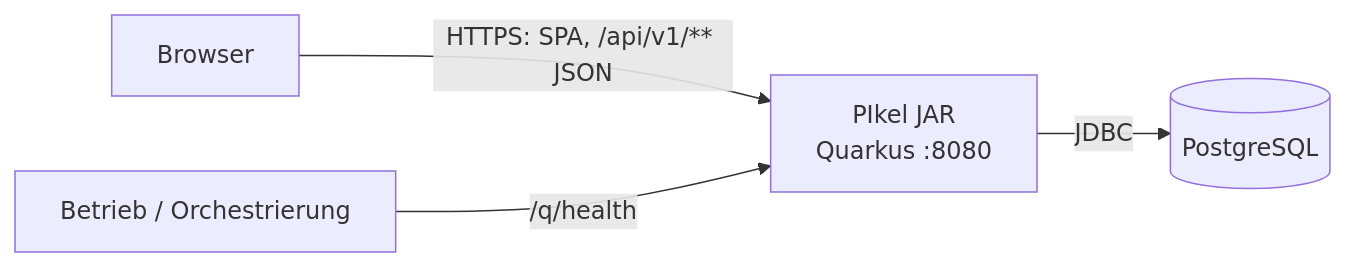
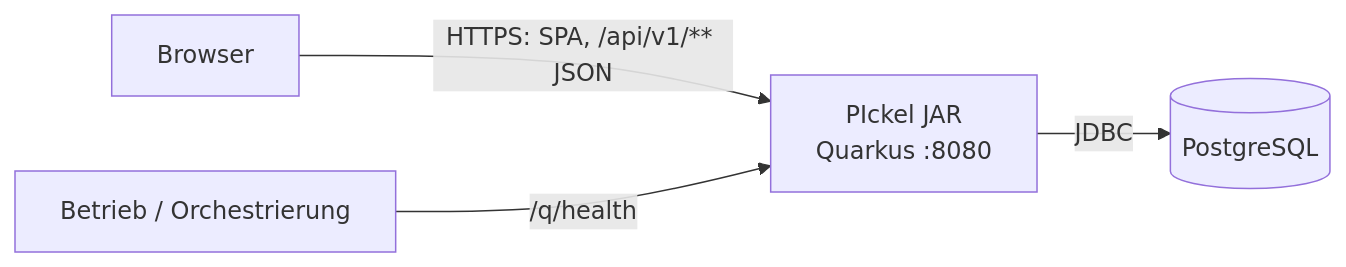
Before and after one commit to LukasW/PIckel: the second of 5 diagrams in docs/arc42.md, drawn with Mermaid. The commit also changed other lines of this file and 337 other files, not shown here.

````diff
--- a/docs/arc42.md
+++ b/docs/arc42.md
@@ -89,6 +89,6 @@
 ```mermaid
 flowchart LR
-    browser[Browser] -- "HTTPS: SPA, /api/v1/** JSON" --> app[PIkel JAR\nQuarkus :8080]
+    browser[Browser] -- "HTTPS: SPA, /api/v1/** JSON" --> app[PIckel JAR\nQuarkus :8080]
     app -- JDBC --> db[(PostgreSQL)]
     ops[Betrieb / Orchestrierung] -- "/q/health" --> app
 ```
````
